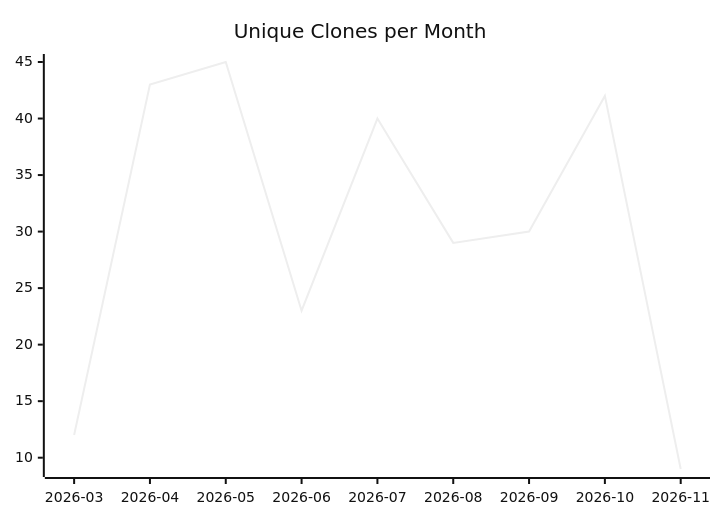
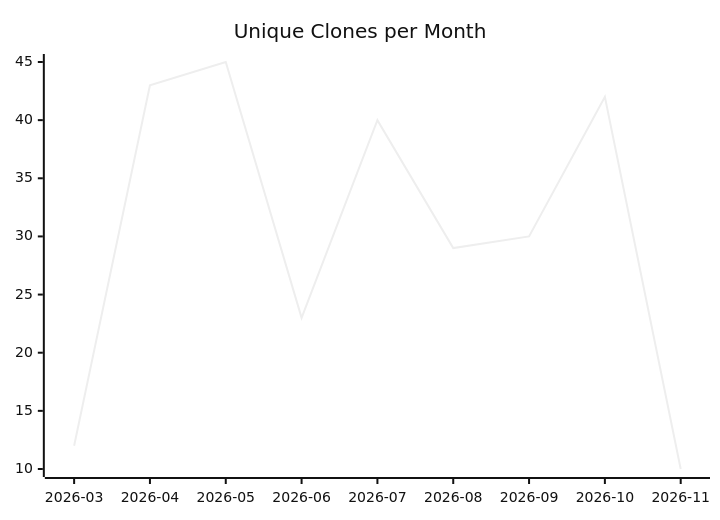
Before and after one commit to justdavis-family/github-analytics-data: the third of 3 diagrams in karlmdavis/ksoap2-android/README.md, drawn with Mermaid (neutral theme). The commit also changed other lines of this file and 192 other files, not shown here.

````diff
--- a/karlmdavis/ksoap2-android/README.md
+++ b/karlmdavis/ksoap2-android/README.md
@@ -19,6 +19,6 @@
 ```mermaid
 xychart-beta
   title "Unique Clones per Month"
   x-axis ["2026-03", "2026-04", "2026-05", "2026-06", "2026-07", "2026-08", "2026-09", "2026-10", "2026-11"]
-  line [12, 43, 45, 23, 40, 29, 30, 42, 9]
+  line [12, 43, 45, 23, 40, 29, 30, 42, 10]
 ```
````
